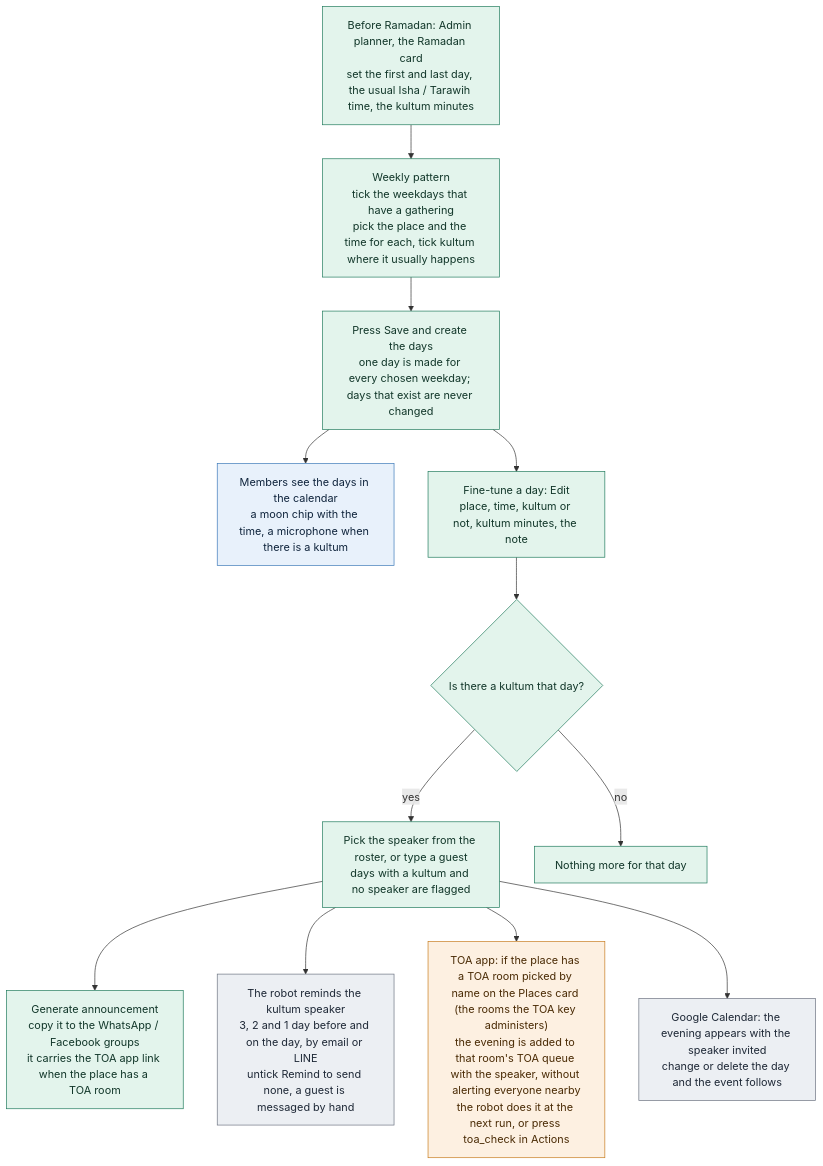
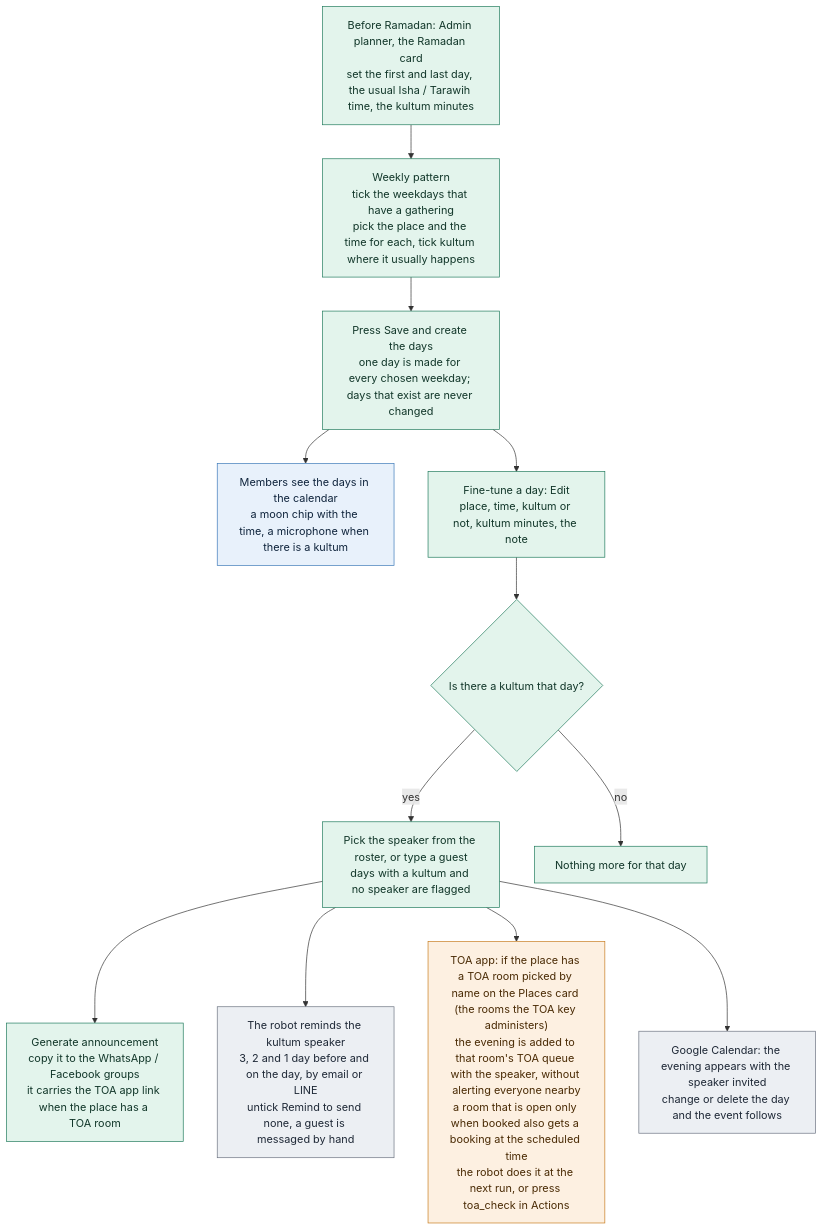
One commit to mushaffarasyidridha/Jumat-Scheduler-NAIST changed the diagram in public/flows/admin-ramadan.mmd. Above: the diagram before and after it, drawn with Mermaid. The commit also changed 10 other files, not shown here.

First line of the commit message:
TOA bookings: book-only rooms get a booking at every scheduled prayer

```diff
--- a/public/flows/admin-ramadan.mmd
+++ b/public/flows/admin-ramadan.mmd
@@ -1,21 +1,21 @@
 flowchart TD
   A["Before Ramadan: Admin planner, the Ramadan card<br/>set the first and last day, the usual Isha / Tarawih time, the kultum minutes"] --> B["Weekly pattern<br/>tick the weekdays that have a gathering<br/>pick the place and the time for each, tick kultum where it usually happens"]
   B --> C["Press Save and create the days<br/>one day is made for every chosen weekday; days that exist are never changed"]
   C --> D["Members see the days in the calendar<br/>a moon chip with the time, a microphone when there is a kultum"]
   C --> E["Fine-tune a day: Edit<br/>place, time, kultum or not, kultum minutes, the note"]
   E --> F{"Is there a kultum that day?"}
   F -->|"yes"| G["Pick the speaker from the roster, or type a guest<br/>days with a kultum and no speaker are flagged"]
   F -->|"no"| H["Nothing more for that day"]
   G --> I["Generate announcement<br/>copy it to the WhatsApp / Facebook groups<br/>it carries the TOA app link when the place has a TOA room"]
   G --> J["The robot reminds the kultum speaker<br/>3, 2 and 1 day before and on the day, by email or LINE<br/>untick Remind to send none, a guest is messaged by hand"]
-  G --> L["TOA app: if the place has a TOA room picked by name on the Places card (the rooms the TOA key administers)<br/>the evening is added to that room's TOA queue with the speaker, without alerting everyone nearby<br/>the robot does it at the next run, or press toa_check in Actions"]
+  G --> L["TOA app: if the place has a TOA room picked by name on the Places card (the rooms the TOA key administers)<br/>the evening is added to that room's TOA queue with the speaker, without alerting everyone nearby<br/>a room that is open only when booked also gets a booking at the scheduled time<br/>the robot does it at the next run, or press toa_check in Actions"]
   G --> K["Google Calendar: the evening appears with the speaker invited<br/>change or delete the day and the event follows"]
 
   classDef member fill:#e8f1fb,stroke:#3b78b8,color:#10253d
   classDef admin fill:#e3f4ec,stroke:#1f7a5c,color:#12372a
   classDef out fill:#fdf0e1,stroke:#c77b1c,color:#4a2b05
   classDef robot fill:#eceff3,stroke:#6b7280,color:#1f2937
   class A,B,C,E,F,G,H,I admin
   class J,K robot
   class L out
   class D member
```
